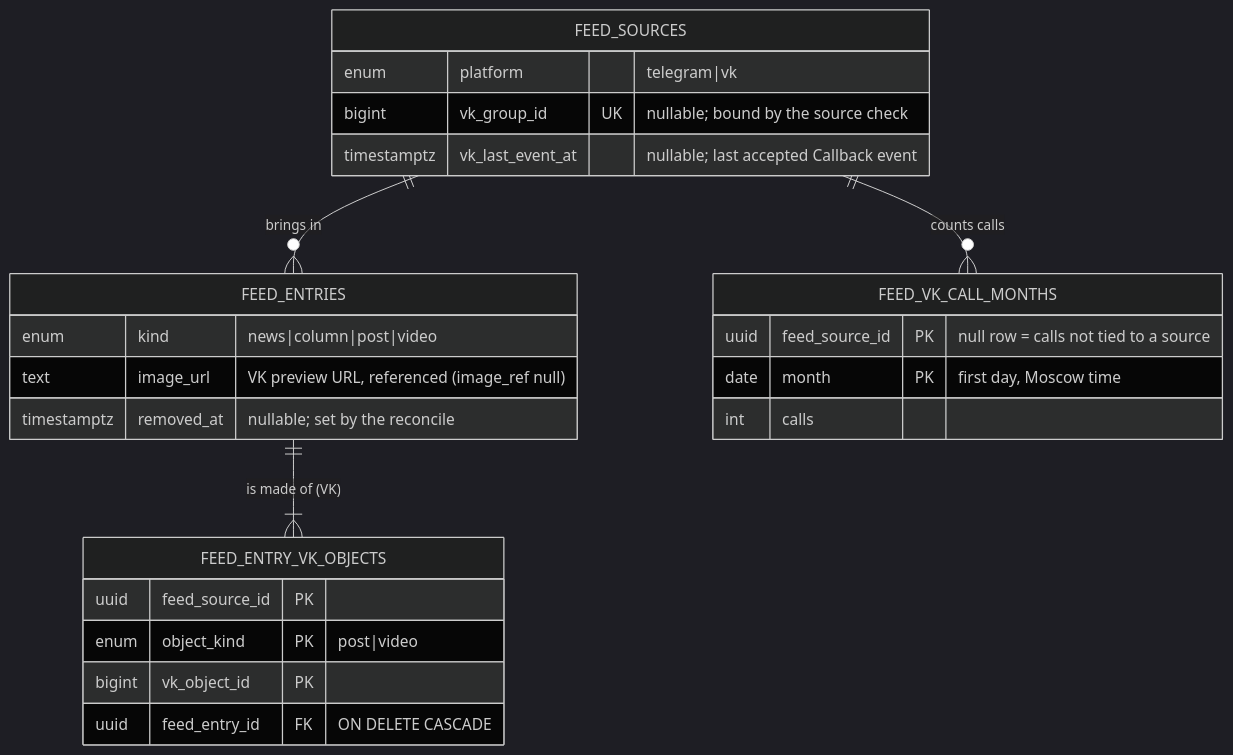
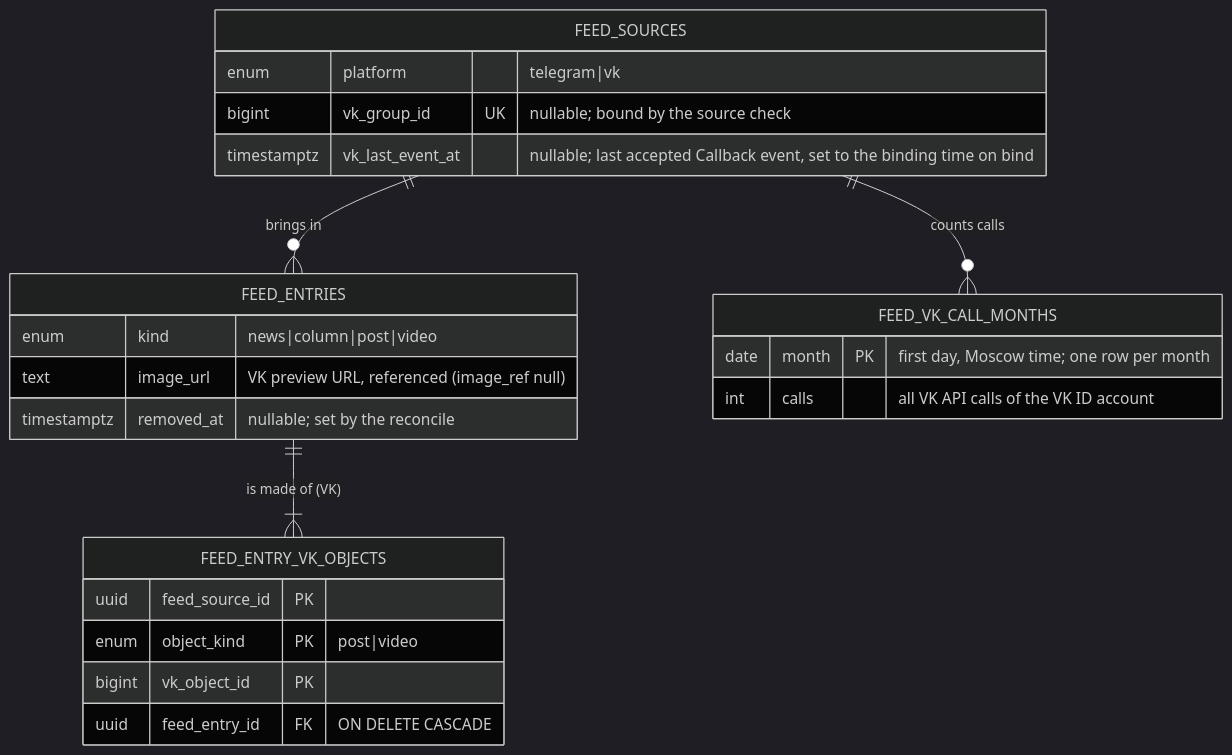
The ninth of 12 diagrams in apps/docs/content/specs/features/048-materials-feed/048-design.md (doctor-school/ds-platform), drawn with Mermaid (dark theme) before and after one commit. The commit also changed other lines of this file and 4 other files, not shown here.

````diff
--- a/apps/docs/content/specs/features/048-materials-feed/048-design.md
+++ b/apps/docs/content/specs/features/048-materials-feed/048-design.md
@@ -560,27 +560,26 @@
 ```mermaid
 erDiagram
   FEED_SOURCES ||--o{ FEED_ENTRIES : "brings in"
   FEED_ENTRIES ||--|{ FEED_ENTRY_VK_OBJECTS : "is made of (VK)"
   FEED_SOURCES ||--o{ FEED_VK_CALL_MONTHS : "counts calls"
   FEED_SOURCES {
     enum platform "telegram|vk"
     bigint vk_group_id UK "nullable; bound by the source check"
-    timestamptz vk_last_event_at "nullable; last accepted Callback event"
+    timestamptz vk_last_event_at "nullable; last accepted Callback event, set to the binding time on bind"
   }
   FEED_ENTRIES {
     enum kind "news|column|post|video"
     text image_url "VK preview URL, referenced (image_ref null)"
     timestamptz removed_at "nullable; set by the reconcile"
   }
   FEED_ENTRY_VK_OBJECTS {
     uuid feed_source_id PK
     enum object_kind PK "post|video"
     bigint vk_object_id PK
     uuid feed_entry_id FK "ON DELETE CASCADE"
   }
   FEED_VK_CALL_MONTHS {
-    uuid feed_source_id PK "null row = calls not tied to a source"
-    date month PK "first day, Moscow time"
-    int calls
+    date month PK "first day, Moscow time; one row per month"
+    int calls "all VK API calls of the VK ID account"
   }
 ```
````
